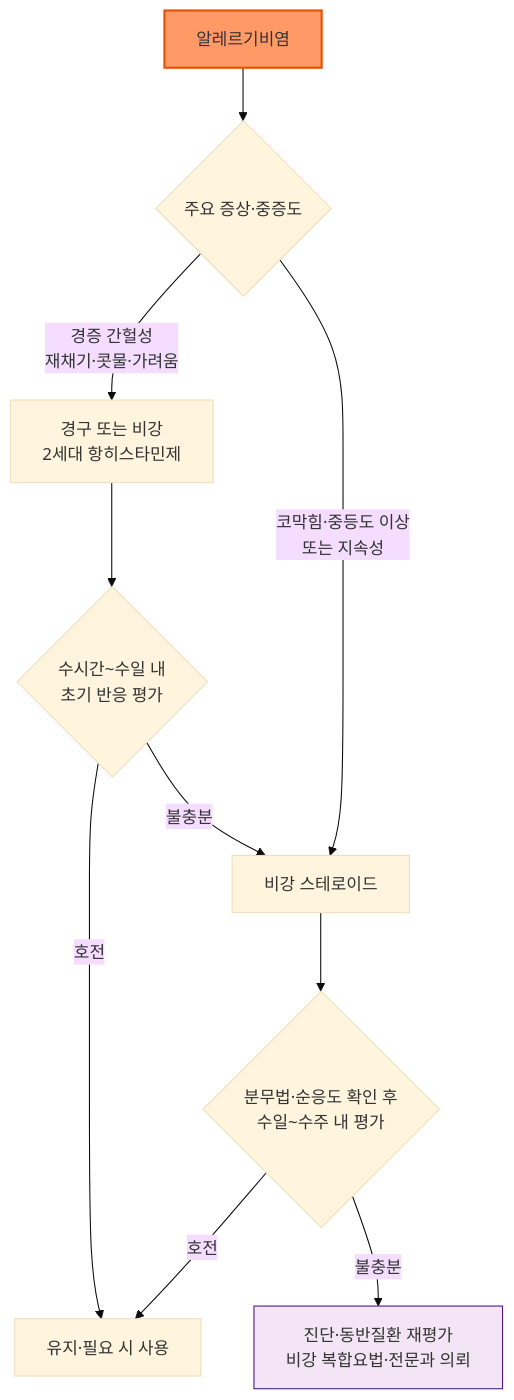
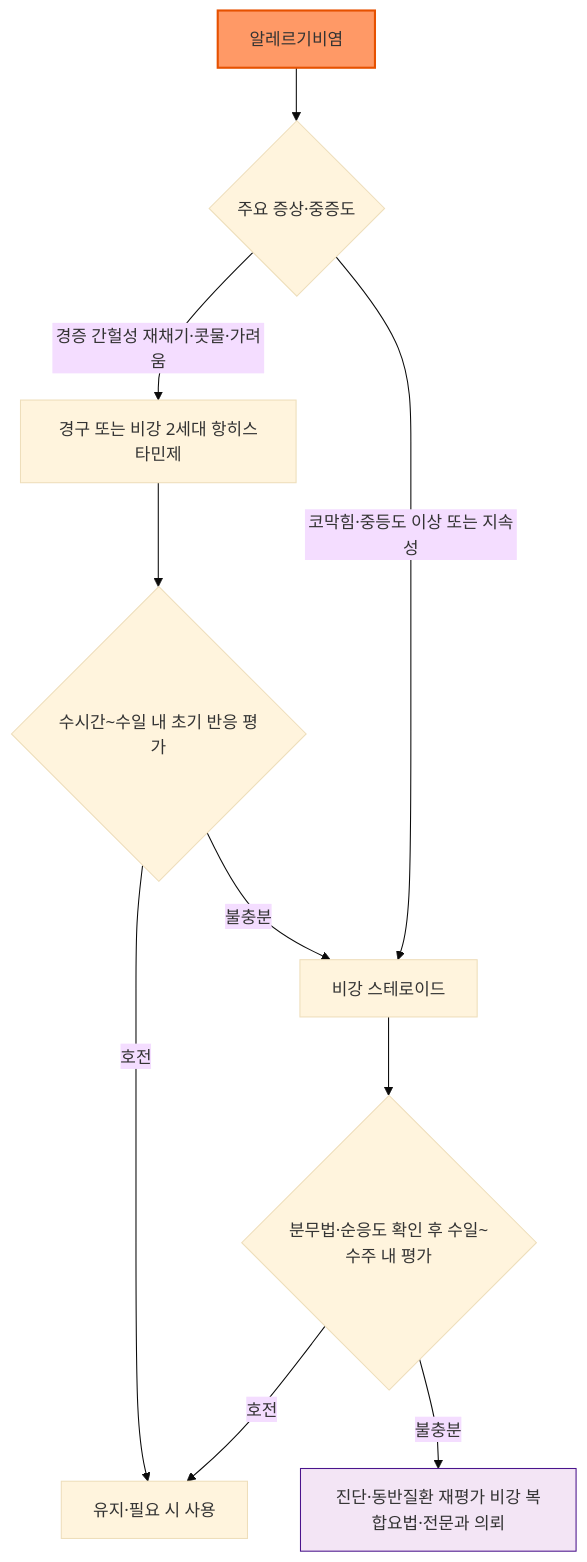
The first of 2 diagrams in 231_/212_-antihistamines.md (familyoh77/familyoh77), drawn with Mermaid (base theme) before and after one commit. The commit also changed other lines of this file and 5 other files, not shown here.

````diff
--- a/231_/212_-antihistamines.md
+++ b/231_/212_-antihistamines.md
@@ -50,14 +52,14 @@
 ```mermaid
 graph TD
-    A[알레르기비염] --> B{주요 증상·중증도}
-    B -->|경증 간헐성<br>재채기·콧물·가려움| C[경구 또는 비강<br>2세대 항히스타민제]
-    B -->|코막힘·중등도 이상<br>또는 지속성| D[비강 스테로이드]
-    C --> E{수시간~수일 내<br>초기 반응 평가}
-    D --> F{분무법·순응도 확인 후<br>수일~수주 내 평가}
-    E -->|호전| G[유지·필요 시 사용]
+    A["알레르기비염"] --> B{"주요 증상·중증도"}
+    B -->|경증 간헐성 재채기·콧물·가려움| C["경구 또는 비강 2세대 항히스타민제"]
+    B -->|코막힘·중등도 이상 또는 지속성| D["비강 스테로이드"]
+    C --> E{"수시간~수일 내 초기 반응 평가"}
+    D --> F{"분무법·순응도 확인 후 수일~수주 내 평가"}
+    E -->|호전| G["유지·필요 시 사용"]
     E -->|불충분| D
     F -->|호전| G
-    F -->|불충분| H[진단·동반질환 재평가<br>비강 복합요법·전문과 의뢰]
+    F -->|불충분| H["진단·동반질환 재평가 비강 복합요법·전문과 의뢰"]
     style A fill:#f96,stroke:#e65100,stroke-width:2px
     style H fill:#f3e5f5,stroke:#4a148c
 ```
````
